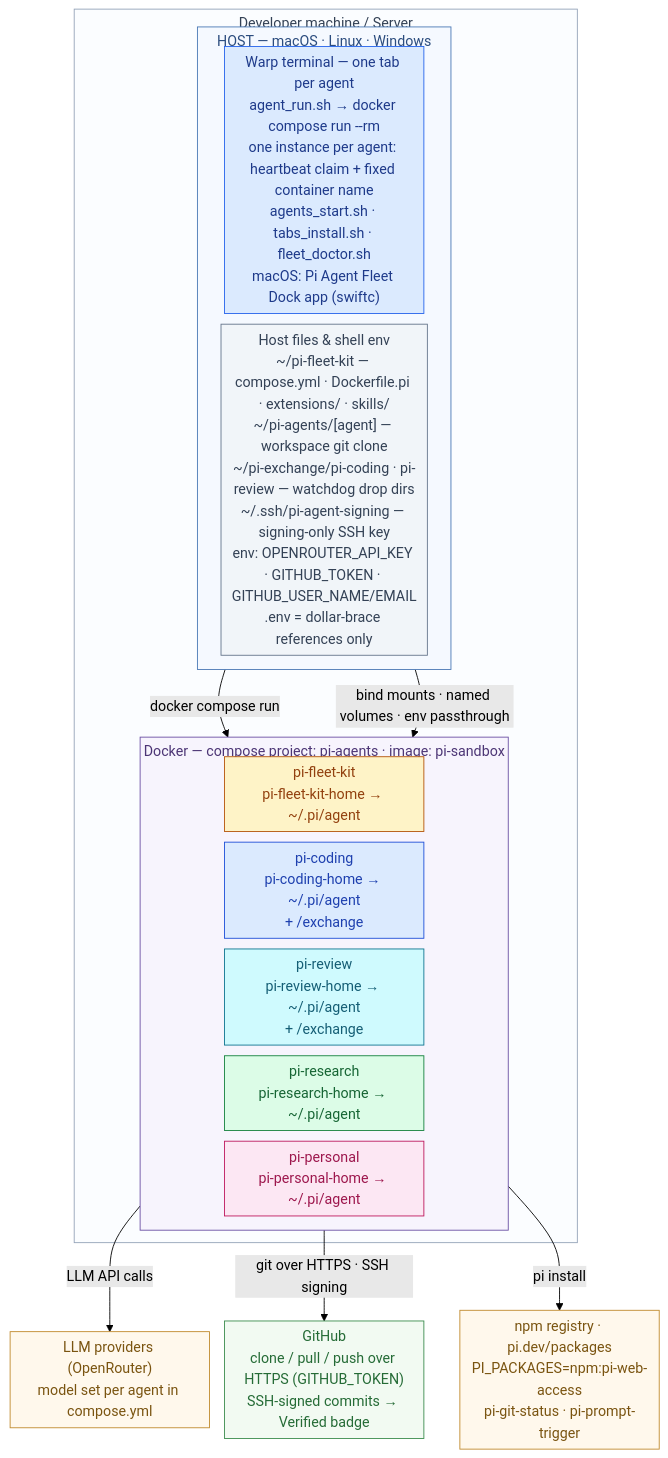
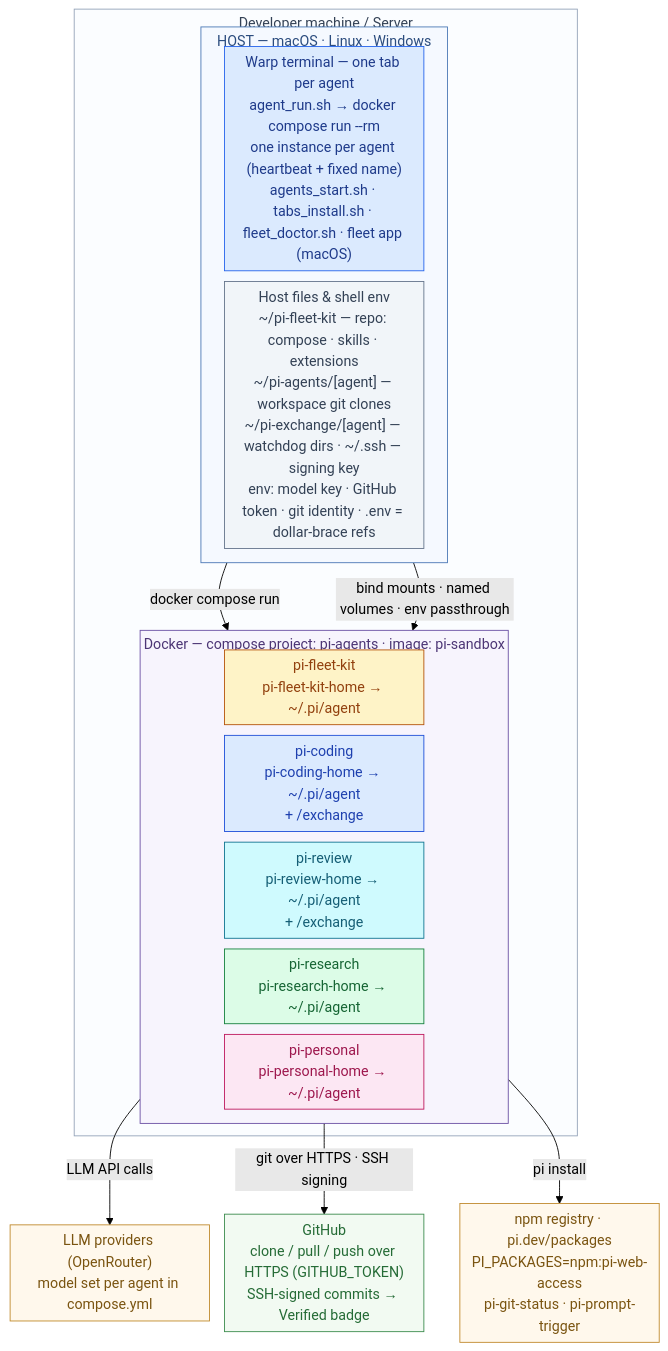
The diagram in README.md (didier-durand/pi-fleet-kit), drawn with Mermaid (forest theme) before and after one commit.

Commit message:
Diagram: trim Warp and host-files boxes to essentials

````diff
--- a/README.md
+++ b/README.md
@@ -99,50 +99,50 @@
 ```mermaid
 %%{init: {"flowchart": {"nodeSpacing": 12, "rankSpacing": 28, "padding": 6, "diagramPadding": 8, "subGraphTitleMargin": {"top": 4, "bottom": 2}}}}%%
 flowchart TB
   subgraph MACHINE["Developer machine / Server"]
     subgraph HOST["HOST — macOS · Linux · Windows"]
     direction LR
-    WARP["Warp terminal — one tab per agent<br/>agent_run.sh → docker compose run --rm<br/>one instance per agent: heartbeat claim + fixed container name<br/>agents_start.sh · tabs_install.sh · fleet_doctor.sh<br/>macOS: Pi Agent Fleet Dock app (swiftc)"]
-    FILES["Host files & shell env<br/>~/pi-fleet-kit — compose.yml · Dockerfile.pi · extensions/ · skills/<br/>~/pi-agents/[agent] — workspace git clone<br/>~/pi-exchange/pi-coding · pi-review — watchdog drop dirs<br/>~/.ssh/pi-agent-signing — signing-only SSH key<br/>env: OPENROUTER_API_KEY · GITHUB_TOKEN · GITHUB_USER_NAME/EMAIL<br/>.env = dollar-brace references only"]
+    WARP["Warp terminal — one tab per agent<br/>agent_run.sh → docker compose run --rm<br/>one instance per agent (heartbeat + fixed name)<br/>agents_start.sh · tabs_install.sh · fleet_doctor.sh · fleet app (macOS)"]
+    FILES["Host files & shell env<br/>~/pi-fleet-kit — repo: compose · skills · extensions<br/>~/pi-agents/[agent] — workspace git clones<br/>~/pi-exchange/[agent] — watchdog dirs · ~/.ssh — signing key<br/>env: model key · GitHub token · git identity · .env = dollar-brace refs"]
   end
   subgraph DOCKER["Docker — compose project: pi-agents · image: pi-sandbox"]
     direction LR
     FLEET["pi-fleet-kit<br/>pi-fleet-kit-home → ~/.pi/agent"]
     CODING["pi-coding<br/>pi-coding-home → ~/.pi/agent<br/>+ /exchange"]
     REVIEW["pi-review<br/>pi-review-home → ~/.pi/agent<br/>+ /exchange"]
     RESEARCH["pi-research<br/>pi-research-home → ~/.pi/agent"]
     PERSONAL["pi-personal<br/>pi-personal-home → ~/.pi/agent"]
   end
   end
   LLM["LLM providers (OpenRouter)<br/>model set per agent in compose.yml"]
   GH["GitHub<br/>clone / pull / push over HTTPS (GITHUB_TOKEN)<br/>SSH-signed commits → Verified badge"]
   NPM["npm registry · pi.dev/packages<br/>PI_PACKAGES=npm:pi-web-access<br/>pi-git-status · pi-prompt-trigger"]
   HOST -->|"docker compose run"| DOCKER
   HOST -->|"bind mounts · named volumes · env passthrough"| DOCKER
   DOCKER -->|"LLM API calls"| LLM
   DOCKER -->|"git over HTTPS · SSH signing"| GH
   DOCKER -->|"pi install"| NPM
   classDef warp fill:#DBEAFE,stroke:#2563EB,color:#1E3A8A
   classDef files fill:#F1F5F9,stroke:#64748B,color:#334155
   classDef yellow fill:#FEF3C7,stroke:#B45309,color:#92400E
   classDef blue fill:#DBEAFE,stroke:#1D4ED8,color:#1E40AF
   classDef cyan fill:#CFFAFE,stroke:#0E7490,color:#155E75
   classDef green fill:#DCFCE7,stroke:#15803D,color:#166534
   classDef magenta fill:#FCE7F3,stroke:#BE185D,color:#9D174D
   classDef llm fill:#FFF8EC,stroke:#C08A2D,color:#7A5410
   classDef gh fill:#F2FAF2,stroke:#3C8C4E,color:#256B36
   classDef npm fill:#FFF8EC,stroke:#C08A2D,color:#7A5410
   class WARP warp
   class FILES files
   class FLEET yellow
   class CODING blue
   class REVIEW cyan
   class RESEARCH green
   class PERSONAL magenta
   class LLM llm
   class GH gh
   class NPM npm
   style HOST fill:#F5F9FF,stroke:#4A78B5,color:#2B4C7E
   style DOCKER fill:#F7F4FD,stroke:#6A4FA3,color:#4C3575
   style MACHINE fill:#FBFDFF,stroke:#94A3B8,color:#334155
 ```
````
